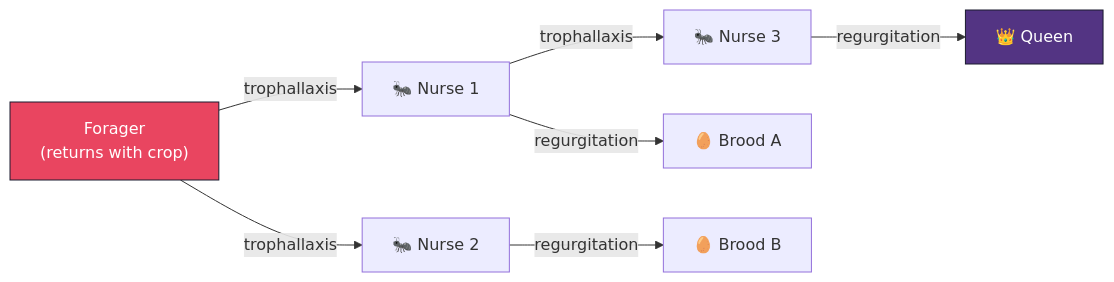
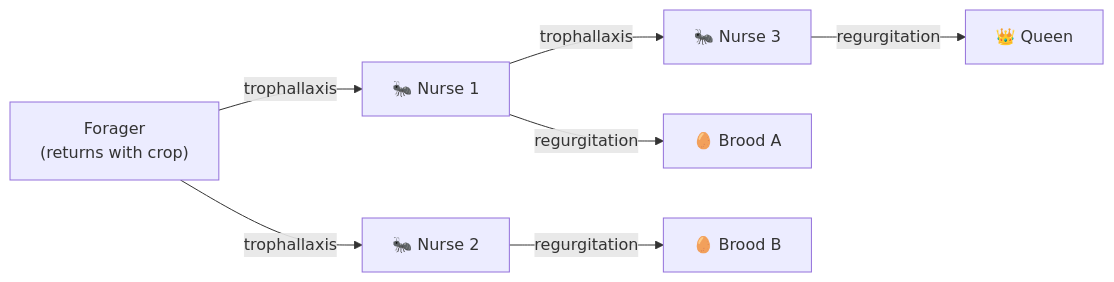
The second of 2 diagrams in docs/bio/metabolism.md (docxology/codomyrmex), drawn with Mermaid before and after one commit. The commit also changed other lines of this file and 86 other files, not shown here.

````diff
--- a/docs/bio/metabolism.md
+++ b/docs/bio/metabolism.md
@@ -53,20 +49,17 @@
 ```mermaid
 flowchart LR
     F["Forager<br/>(returns with crop)"]
     N1["🐜 Nurse 1"]
     N2["🐜 Nurse 2"]
     N3["🐜 Nurse 3"]
     B1["🥚 Brood A"]
     B2["🥚 Brood B"]
     Q["👑 Queen"]
 
     F -->|"trophallaxis"| N1
     F -->|"trophallaxis"| N2
     N1 -->|"regurgitation"| B1
     N2 -->|"regurgitation"| B2
     N1 -->|"trophallaxis"| N3
     N3 -->|"regurgitation"| Q
-
-    style F fill:#e94560,stroke:#1a1a2e,color:#fff
-    style Q fill:#533483,stroke:#1a1a2e,color:#fff
 ```
````
